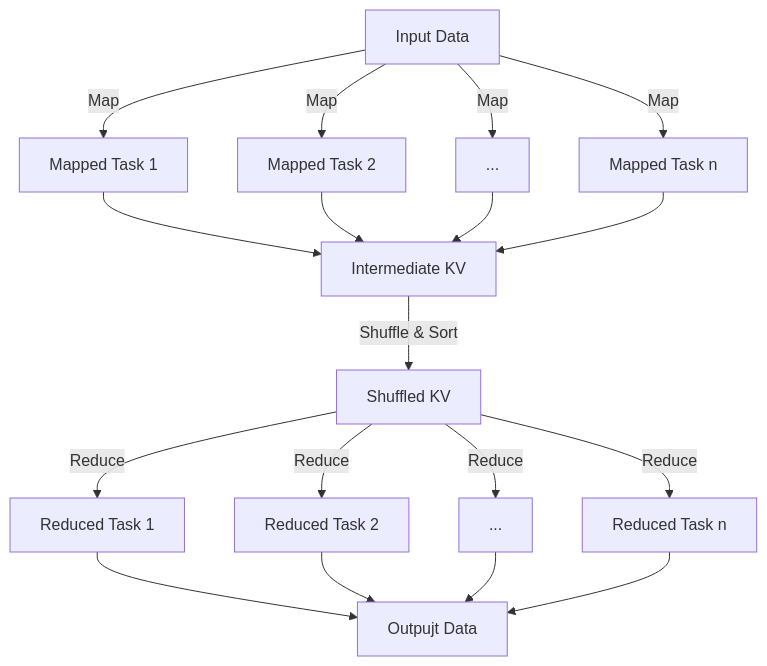
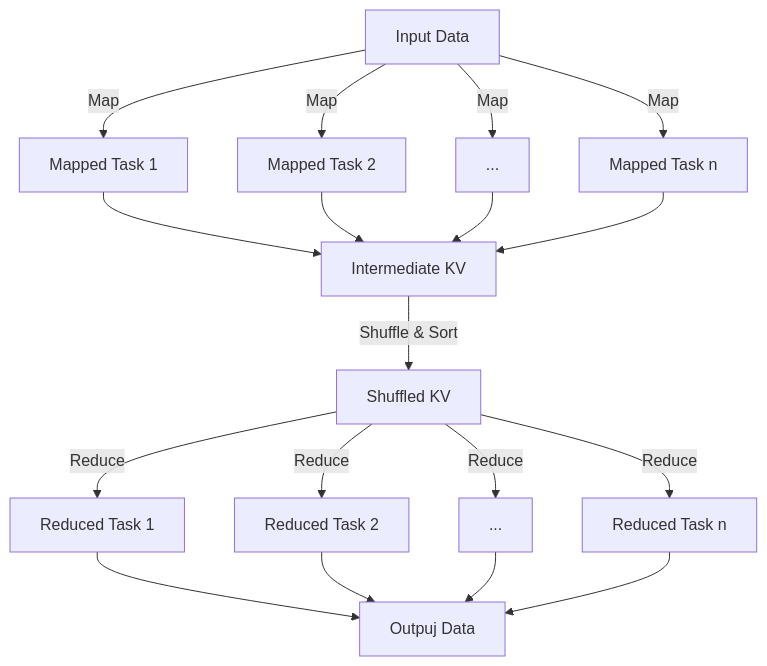
The diagram in README.md (oadultradeepfield/minimapreduce), drawn with Mermaid before and after one commit.

Commit message:
chore: fix typos in readme

````diff
--- a/README.md
+++ b/README.md
@@ -53,26 +53,26 @@
 ```mermaid
 graph TB
     A[Input Data]
 
     A -- Map --> B1[Mapped Task 1]
     A -- Map --> B2[Mapped Task 2]
     A -- Map --> Bx[...]
     A -- Map --> Bn[Mapped Task n]
 
     B1 --> D[Intermediate KV]
     B2 --> D
     Bx --> D
     Bn --> D
 
     D -- Shuffle & Sort --> E[Shuffled KV]
 
     E -- Reduce --> F1[Reduced Task 1]
     E -- Reduce --> F2[Reduced Task 2]
     E -- Reduce --> Fx[...]
     E -- Reduce --> Fn[Reduced Task n]
 
-    F1 --> G[Outpujt Data]
+    F1 --> G[Outpuj Data]
     F2 --> G
     Fx --> G
     Fn --> G
 ```
````
